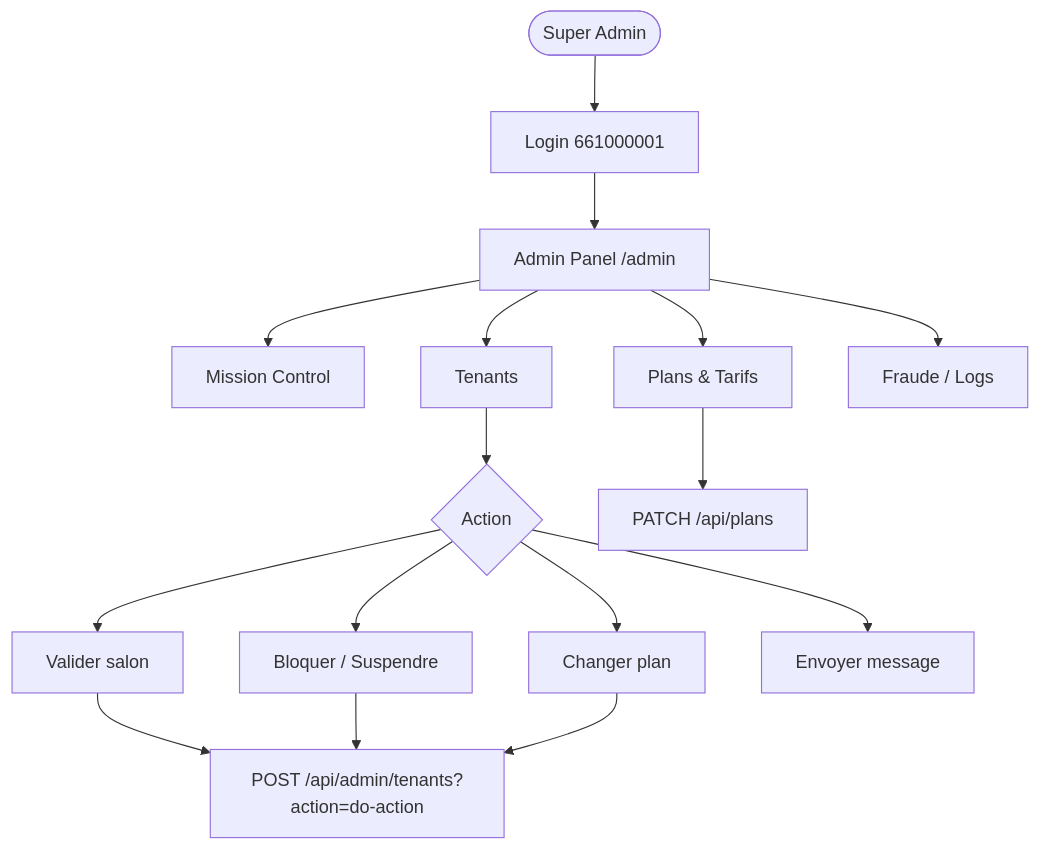
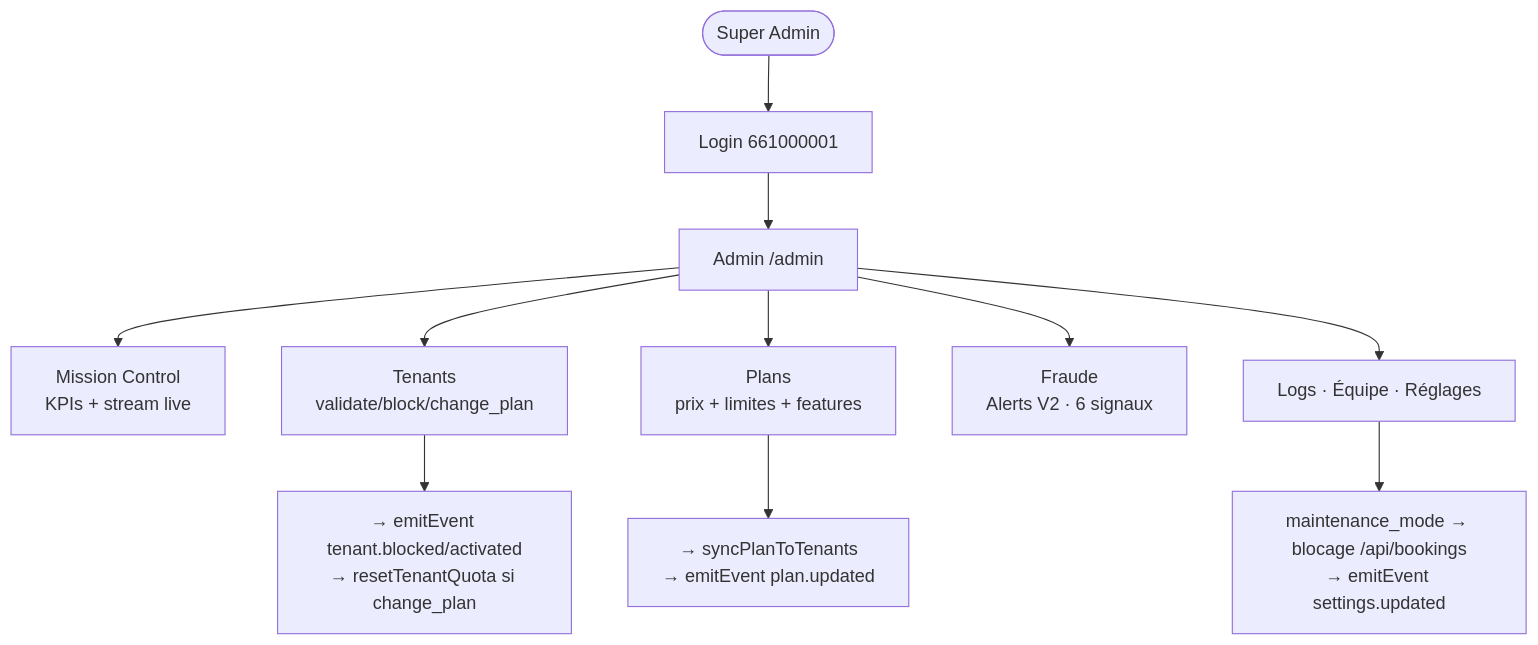
Before and after one commit to Ahmesgroup/belo: the eighth of 9 diagrams in DOCUMENTATION.md, drawn with Mermaid. The commit also changed other lines of this file, not shown here.

Commit message:
docs: full documentation update — event system, fraud engine V2, admin panel, notifications, EventLog, domain events

````diff
--- a/DOCUMENTATION.md
+++ b/DOCUMENTATION.md
@@ -466,18 +751,13 @@
 ```mermaid
 flowchart TD
     A([Super Admin]) --> B[Login 661000001]
-    B --> C[Admin Panel /admin]
-    C --> D[Mission Control]
-    C --> E[Tenants]
-    E --> F{Action}
-    F --> G[Valider salon]
-    F --> H[Bloquer / Suspendre]
-    F --> I[Changer plan]
-    F --> J[Envoyer message]
-    G --> K[POST /api/admin/tenants?action=do-action]
-    H --> K
-    I --> K
-    C --> L[Plans & Tarifs]
-    L --> M[PATCH /api/plans]
-    C --> N[Fraude / Logs]
+    B --> C[Admin /admin]
+    C --> D[Mission Control<br/>KPIs + stream live]
+    C --> E[Tenants<br/>validate/block/change_plan]
+    E --> F[→ emitEvent tenant.blocked/activated<br/>→ resetTenantQuota si change_plan]
+    C --> G[Plans<br/>prix + limites + features]
+    G --> H[→ syncPlanToTenants<br/>→ emitEvent plan.updated]
+    C --> I[Fraude<br/>Alerts V2 · 6 signaux]
+    C --> J[Logs · Équipe · Réglages]
+    J --> K[maintenance_mode → blocage /api/bookings<br/>→ emitEvent settings.updated]
 ```
````
